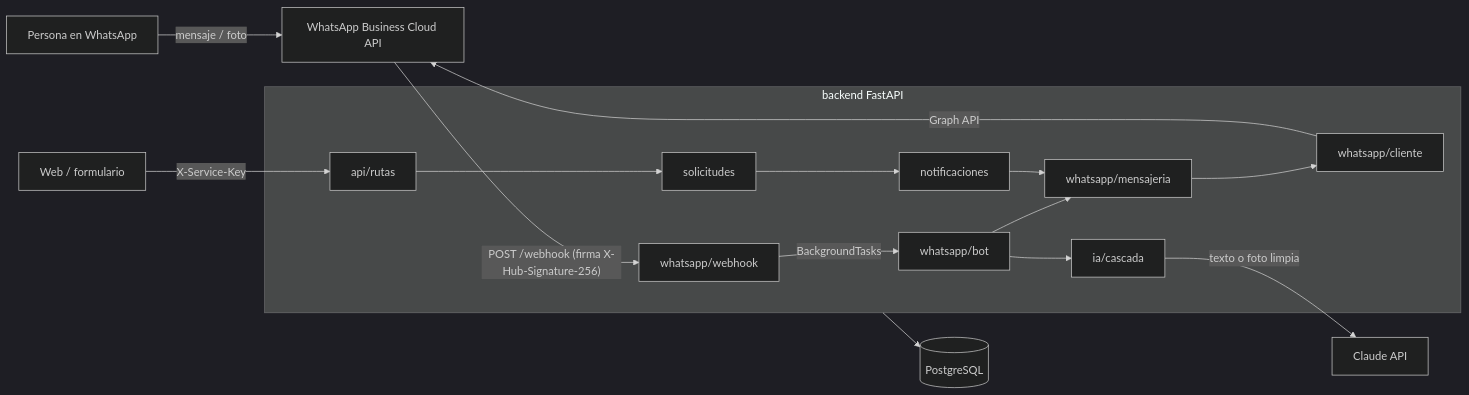
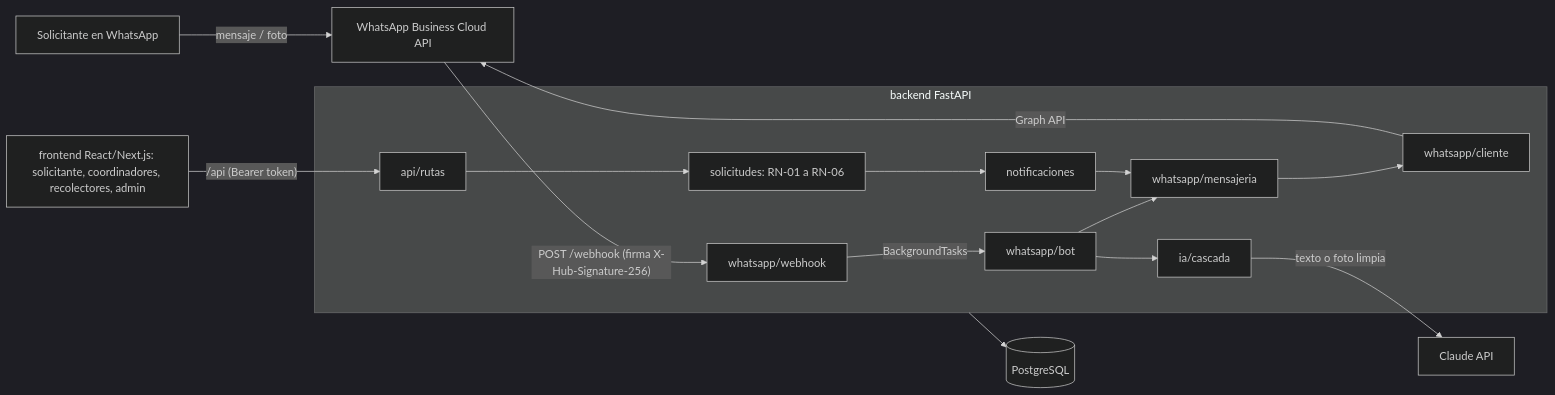
One commit to valejandrapd/EcoConecta-VGJ changed the diagram in README.md. Above: the diagram before and after it, drawn with Mermaid (dark theme). The commit also changed other lines of this file and 5 other files, not shown here.

````diff
--- a/README.md
+++ b/README.md
@@ -12,17 +38,16 @@
 ```mermaid
 flowchart LR
-    U[Persona en WhatsApp] -- mensaje / foto --> META[WhatsApp Business Cloud API]
+    U[Solicitante en WhatsApp] -- mensaje / foto --> META[WhatsApp Business Cloud API]
     META -- "POST /webhook (firma X-Hub-Signature-256)" --> WH
+    WEB["frontend React/Next.js: solicitante, coordinadores, recolectores, admin"] -- "/api (Bearer token)" --> API
     subgraph backend [backend FastAPI]
         WH[whatsapp/webhook] -- BackgroundTasks --> BOT[whatsapp/bot]
         BOT --> IA[ia/cascada]
         BOT --> MSJ[whatsapp/mensajeria]
-        NOT[notificaciones] --> MSJ
-        API[api/rutas] --> SOL[solicitudes] --> NOT
+        API[api/rutas] --> SOL[solicitudes: RN-01 a RN-06] --> NOT[notificaciones] --> MSJ
         MSJ --> CLI[whatsapp/cliente]
     end
     IA -- texto o foto limpia --> CLAUDE[Claude API]
     CLI -- Graph API --> META
-    WEB[Web / formulario] -- "X-Service-Key" --> API
     backend --> PG[(PostgreSQL)]
 ```
````
